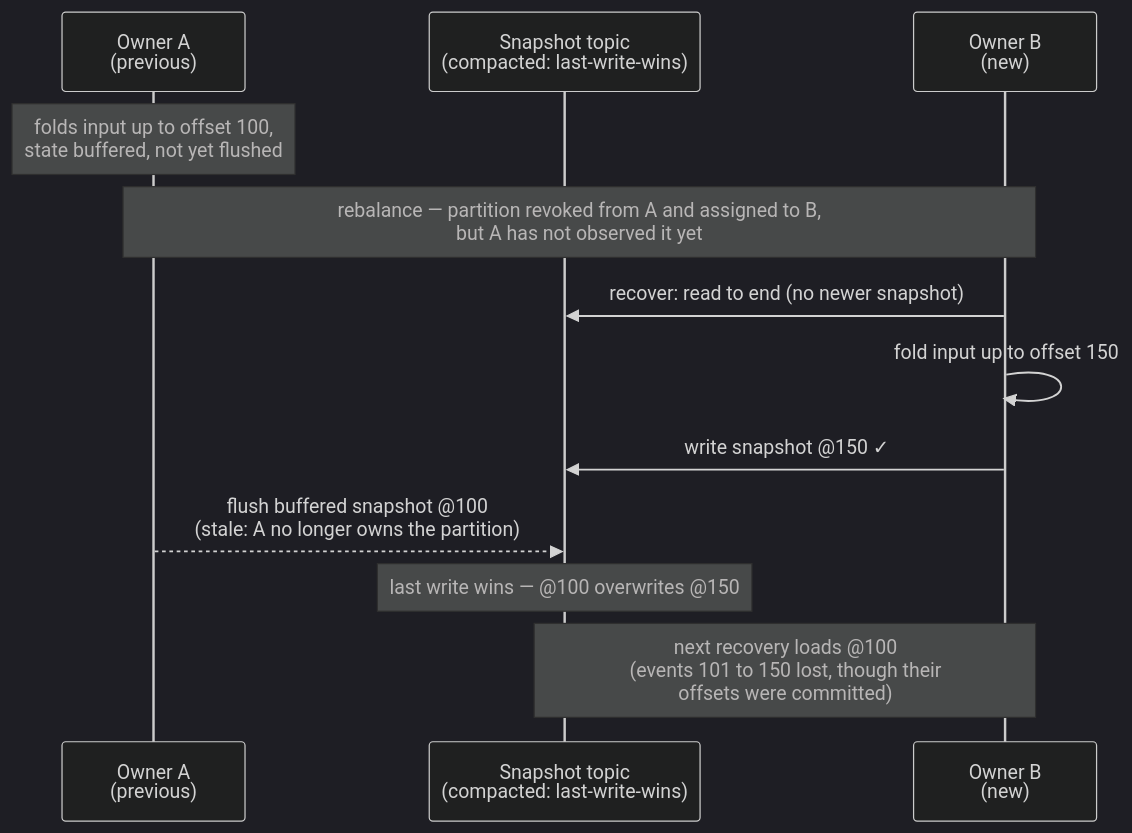
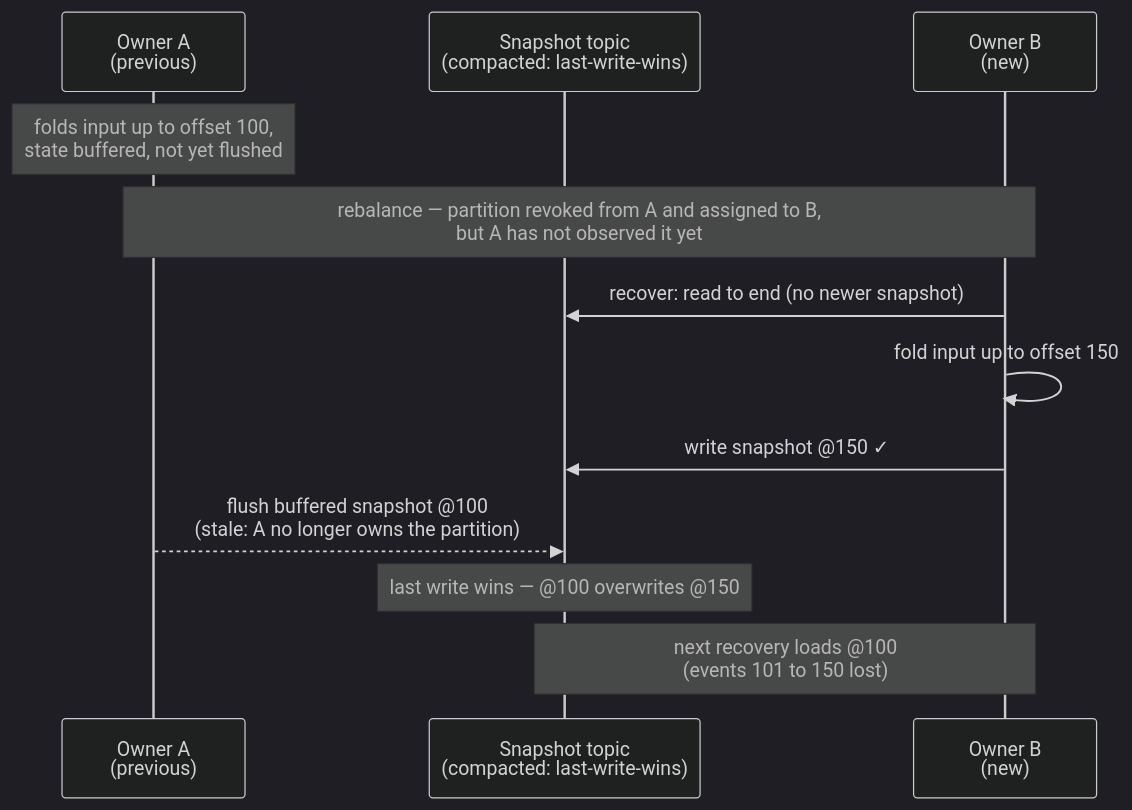
Before and after one commit to evolution-gaming/kafka-flow: the first of 2 diagrams in docs/kafka-single-writer-design.md, drawn with Mermaid (dark theme). The commit also changed other lines of this file and 15 other files, not shown here.

````diff
--- a/docs/kafka-single-writer-design.md
+++ b/docs/kafka-single-writer-design.md
@@ -25,15 +22,15 @@
 ```mermaid
 sequenceDiagram
     participant A as Owner A<br/>(previous)
     participant ST as Snapshot topic<br/>(compacted: last-write-wins)
     participant B as Owner B<br/>(new)
 
     Note over A: folds input up to offset 100,<br/>state buffered, not yet flushed
     Note over A,B: rebalance — partition revoked from A and assigned to B,<br/>but A has not observed it yet
     B->>ST: recover: read to end (no newer snapshot)
     B->>B: fold input up to offset 150
     B->>ST: write snapshot @150 ✓
     A-->>ST: flush buffered snapshot @100<br/>(stale: A no longer owns the partition)
     Note over ST: last write wins — @100 overwrites @150
-    Note over ST,B: next recovery loads @100<br/>(events 101 to 150 lost, though their<br/>offsets were committed)
+    Note over ST,B: next recovery loads @100<br/>(events 101 to 150 lost)
 ```
````
